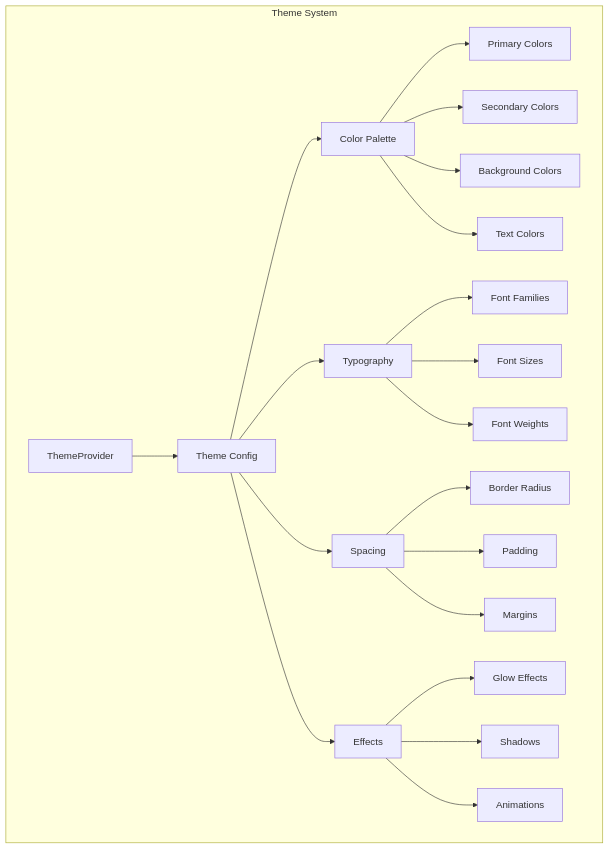
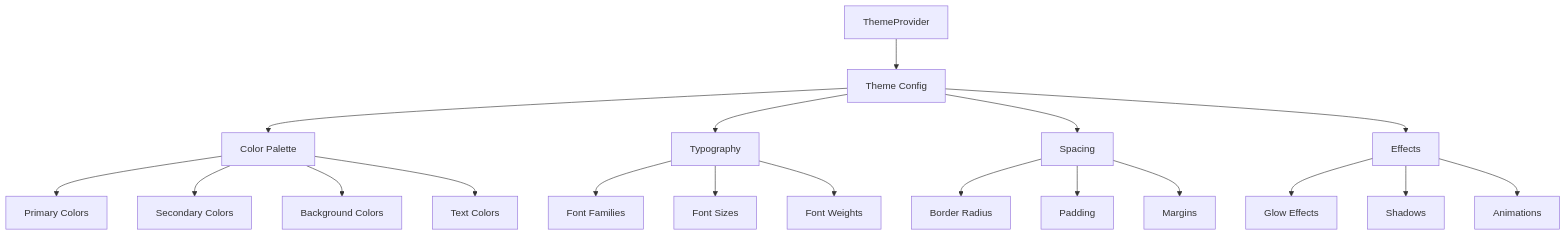
Before and after one commit to ma1iik/PlayerOne: diagram 15 of 20 in FRONTEND_ARCHITECTURE.md, drawn with Mermaid. The commit also changed other lines of this file, not shown here.

````diff
--- a/FRONTEND_ARCHITECTURE.md
+++ b/FRONTEND_ARCHITECTURE.md
@@ -386,27 +378,25 @@
 ```mermaid
 graph TB
-    subgraph "Theme System"
-        A[ThemeProvider] --> B[Theme Config]
-        B --> C[Color Palette]
-        B --> D[Typography]
-        B --> E[Spacing]
-        B --> F[Effects]
-        
-        C --> G[Primary Colors]
-        C --> H[Secondary Colors]
-        C --> I[Background Colors]
-        C --> J[Text Colors]
-        
-        D --> K[Font Families]
-        D --> L[Font Sizes]
-        D --> M[Font Weights]
-        
-        E --> N[Border Radius]
-        E --> O[Padding]
-        E --> P[Margins]
-        
-        F --> Q[Glow Effects]
-        F --> R[Shadows]
-        F --> S[Animations]
-    end
+    A[ThemeProvider] --> B[Theme Config]
+    B --> C[Color Palette]
+    B --> D[Typography]
+    B --> E[Spacing]
+    B --> F[Effects]
+    
+    C --> G[Primary Colors]
+    C --> H[Secondary Colors]
+    C --> I[Background Colors]
+    C --> J[Text Colors]
+    
+    D --> K[Font Families]
+    D --> L[Font Sizes]
+    D --> M[Font Weights]
+    
+    E --> N[Border Radius]
+    E --> O[Padding]
+    E --> P[Margins]
+    
+    F --> Q[Glow Effects]
+    F --> R[Shadows]
+    F --> S[Animations]
 ```
````
